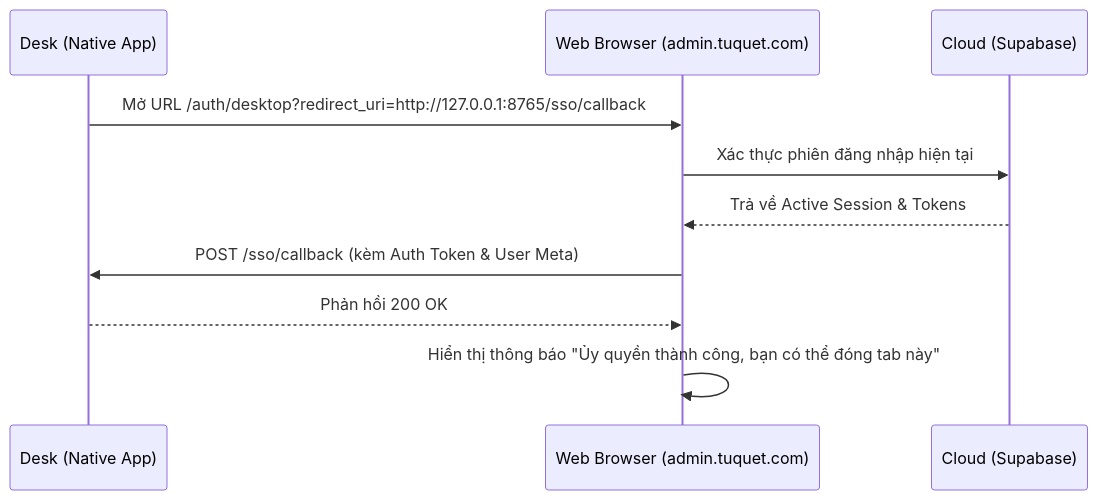
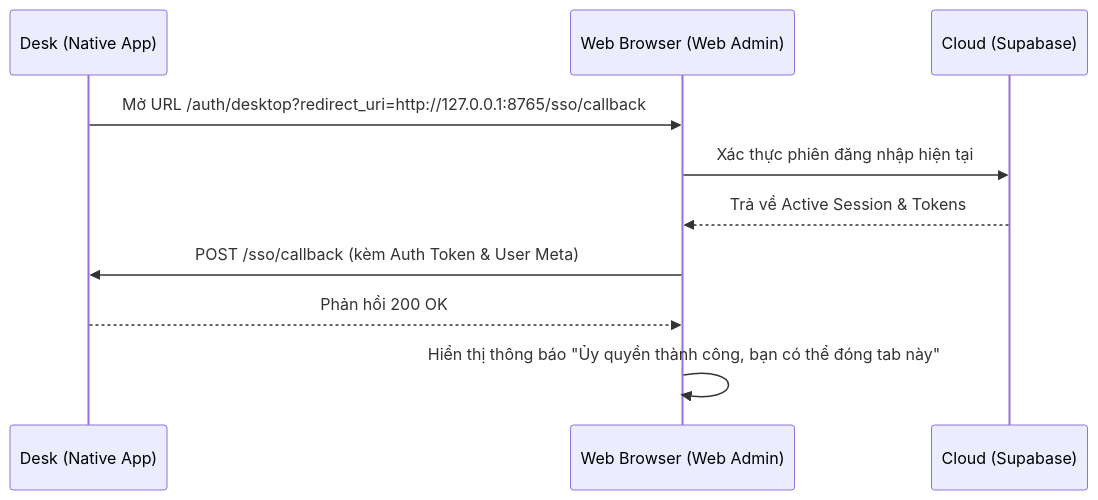
The diagram in en/admin/routes/auth.md (tuquet/docs), drawn with Mermaid before and after one commit. The commit also changed 27 other files, not shown here.

````diff
--- a/en/admin/routes/auth.md
+++ b/en/admin/routes/auth.md
@@ -98,13 +98,13 @@
 ```mermaid
 sequenceDiagram
     participant Desk as Desk (Native App)
-    participant Browser as Web Browser (admin.tuquet.com)
+    participant Browser as Web Browser (Web Admin)
     participant Cloud as Cloud (Supabase)
 
     Desk->>Browser: Mở URL /auth/desktop?redirect_uri=http://127.0.0.1:8765/sso/callback
     Browser->>Cloud: Xác thực phiên đăng nhập hiện tại
     Cloud-->>Browser: Trả về Active Session & Tokens
     Browser->>Desk: POST /sso/callback (kèm Auth Token & User Meta)
     Desk-->>Browser: Phản hồi 200 OK
     Browser->>Browser: Hiển thị thông báo "Ủy quyền thành công, bạn có thể đóng tab này"
 ```
````
